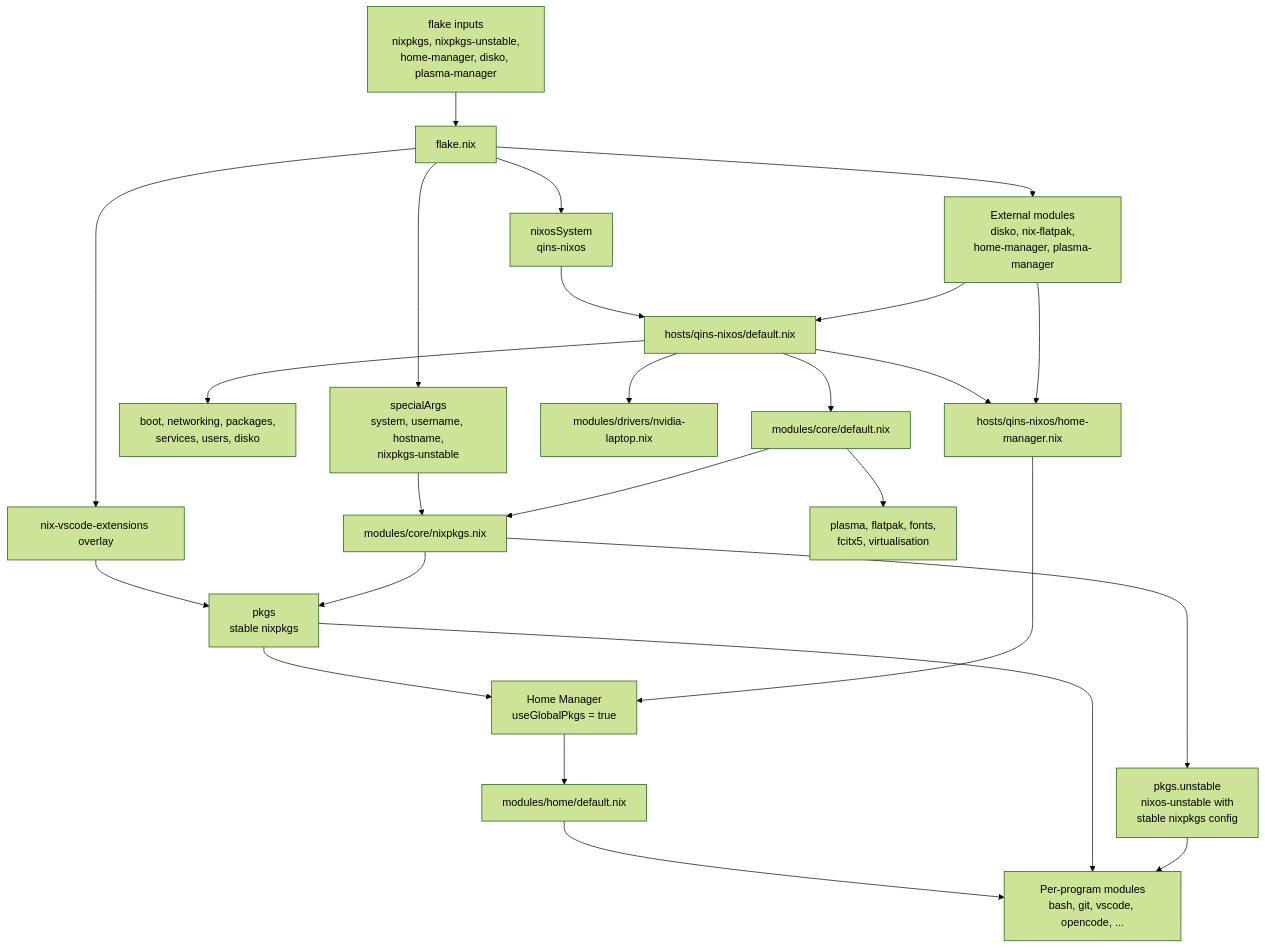
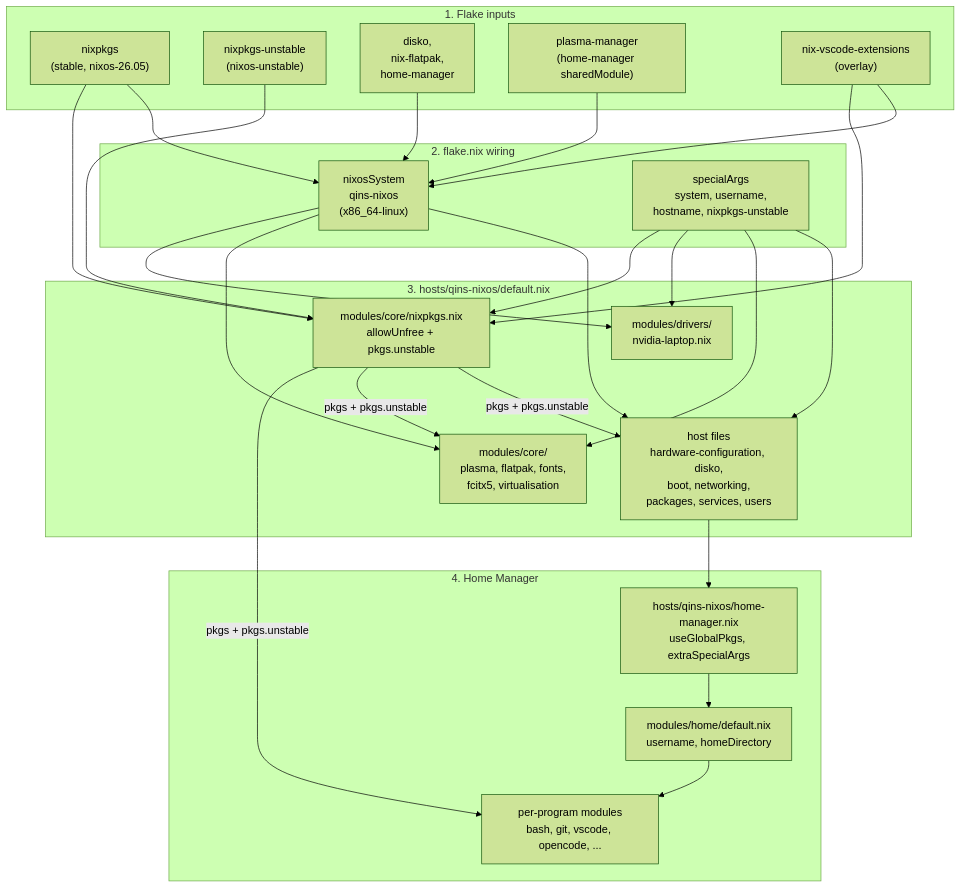
The diagram in README.md (qin-guan/nixos), drawn with Mermaid (forest theme) before and after one commit. The commit also changed other lines of this file, not shown here.

````diff
--- a/README.md
+++ b/README.md
@@ -17,31 +25,51 @@
 ```mermaid
 flowchart TD
-  Inputs[flake inputs<br/>nixpkgs, nixpkgs-unstable,<br/>home-manager, disko, plasma-manager] --> Flake[flake.nix]
-  Flake --> System[nixosSystem<br/>qins-nixos]
-  Flake --> Args[specialArgs<br/>system, username, hostname,<br/>nixpkgs-unstable]
-  Flake --> External[External modules<br/>disko, nix-flatpak,<br/>home-manager, plasma-manager]
-  Flake --> ExtOverlay[nix-vscode-extensions overlay]
+    subgraph Inputs["1. Flake inputs"]
+        StableIn["nixpkgs<br/>(stable, nixos-26.05)"]
+        UnstableIn["nixpkgs-unstable<br/>(nixos-unstable)"]
+        ExtMods["disko,<br/>nix-flatpak,<br/>home-manager"]
+        PlasmaMgr["plasma-manager<br/>(home-manager sharedModule)"]
+        VscodeExt["nix-vscode-extensions<br/>(overlay)"]
+    end
 
-  System --> Host[hosts/qins-nixos/default.nix]
-  Args --> CoreNixpkgs[modules/core/nixpkgs.nix]
-  External --> Host
-  ExtOverlay --> Stable[pkgs<br/>stable nixpkgs]
+    subgraph Flake["2. flake.nix wiring"]
+        Sys["nixosSystem<br/>qins-nixos<br/>(x86_64-linux)"]
+        SpecialArgs["specialArgs<br/>system, username,<br/>hostname, nixpkgs-unstable"]
+    end
 
-  Host --> HostModules[boot, networking, packages,<br/>services, users, disko]
-  Host --> Core[modules/core/default.nix]
-  Host --> Drivers[modules/drivers/nvidia-laptop.nix]
-  Core --> CoreNixpkgs
-  Core --> CoreModules[plasma, flatpak, fonts,<br/>fcitx5, virtualisation]
+    subgraph Host["3. hosts/qins-nixos/default.nix"]
+        HostFiles["host files<br/>hardware-configuration, disko,<br/>boot, networking,<br/>packages, services, users"]
+        Core["modules/core/<br/>plasma, flatpak, fonts,<br/>fcitx5, virtualisation"]
+        Driver["modules/drivers/<br/>nvidia-laptop.nix"]
+        PkgsCfg["modules/core/nixpkgs.nix<br/>allowUnfree + pkgs.unstable"]
+    end
 
-  CoreNixpkgs --> Stable
-  CoreNixpkgs --> Unstable[pkgs.unstable<br/>nixos-unstable with<br/>stable nixpkgs config]
+    subgraph Home["4. Home Manager"]
+        HMBridge["hosts/qins-nixos/home-manager.nix<br/>useGlobalPkgs, extraSpecialArgs"]
+        HomeRoot["modules/home/default.nix<br/>username, homeDirectory"]
+        Programs["per-program modules<br/>bash, git, vscode, opencode, ..."]
+    end
 
-  Host --> HMBridge[hosts/qins-nixos/home-manager.nix]
-  External --> HMBridge
-  Stable --> HM[Home Manager<br/>useGlobalPkgs = true]
-  HMBridge --> HM
-  HM --> Home[modules/home/default.nix]
-  Home --> Programs[Per-program modules<br/>bash, git, vscode, opencode, ...]
-  Stable --> Programs
-  Unstable --> Programs
+    StableIn --> Sys
+    ExtMods --> Sys
+    PlasmaMgr --> Sys
+    VscodeExt --> Sys
+    Sys --> HostFiles
+    Sys --> Core
+    Sys --> Driver
+    SpecialArgs --> HostFiles
+    SpecialArgs --> Core
+    SpecialArgs --> Driver
+    SpecialArgs --> PkgsCfg
+    StableIn --> PkgsCfg
+    UnstableIn --> PkgsCfg
+    VscodeExt --> PkgsCfg
+
+    PkgsCfg -- "pkgs + pkgs.unstable" --> HostFiles
+    PkgsCfg -- "pkgs + pkgs.unstable" --> Core
+    PkgsCfg -- "pkgs + pkgs.unstable" --> Programs
+
+    HostFiles --> HMBridge
+    HMBridge --> HomeRoot
+    HomeRoot --> Programs
 ```
````
